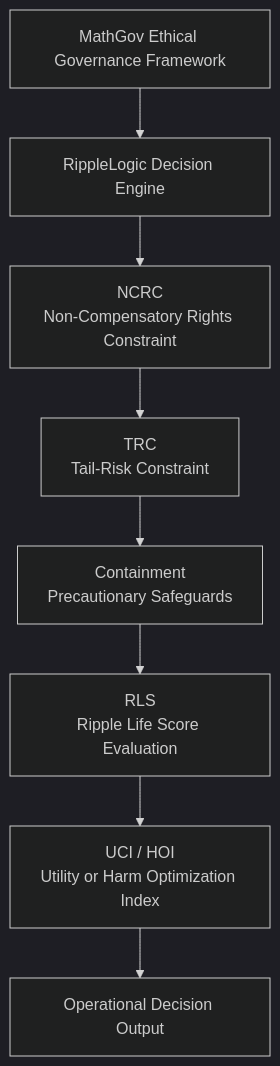
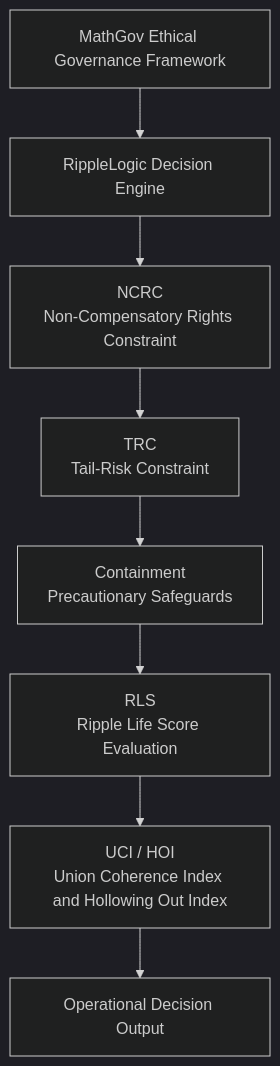
The diagram in README.md (MathGov/ripple-logic), drawn with Mermaid (dark theme) before and after one commit. The commit also changed other lines of this file, not shown here.

First line of the commit message:
Correct UCI/HOI definitions and finalize RippleLogic README architecture

````diff
--- a/README.md
+++ b/README.md
@@ -19,27 +19,27 @@
 ```mermaid
 flowchart TD
 
 A[MathGov Ethical Governance Framework]
 
 B[RippleLogic Decision Engine]
 
 C[NCRC<br>Non-Compensatory Rights Constraint]
 
 D[TRC<br>Tail-Risk Constraint]
 
 E[Containment<br>Precautionary Safeguards]
 
 F[RLS<br>Ripple Life Score Evaluation]
 
-G[UCI / HOI<br>Utility or Harm Optimization Index]
+G[UCI / HOI<br>Union Coherence Index and Hollowing Out Index]
 
 H[Operational Decision Output]
 
 A --> B
 B --> C
 C --> D
 D --> E
 E --> F
 F --> G
 G --> H
 ```
````
